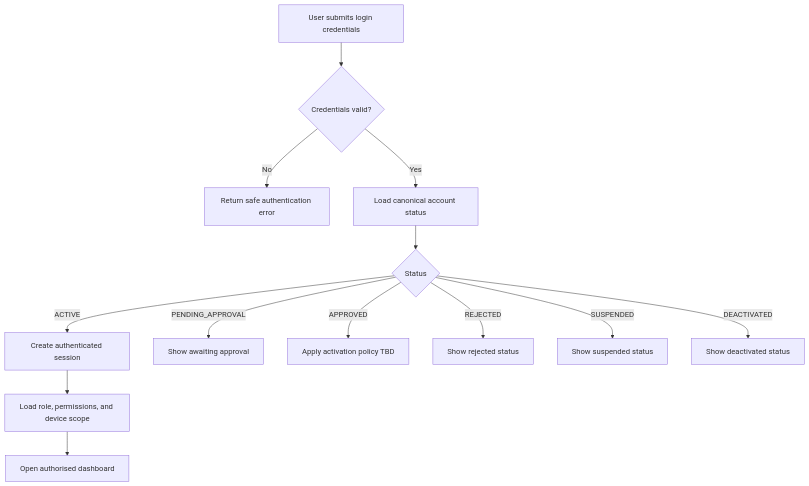
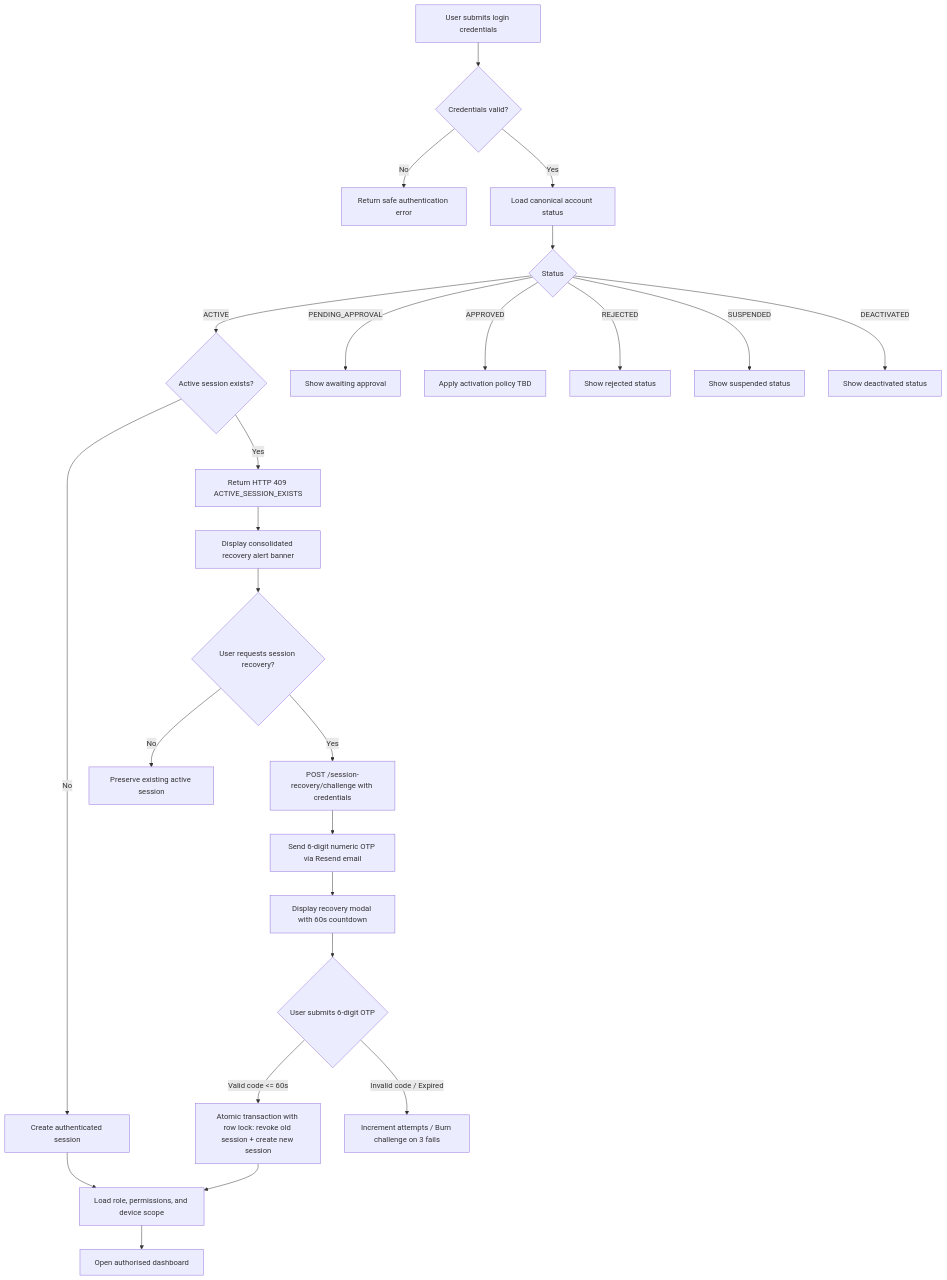
Before and after one commit to Hugo141132/Melon: the second of 6 diagrams in docs/USER_FLOWS.md, drawn with Mermaid. The commit also changed other lines of this file and 42 other files, not shown here.

````diff
--- a/docs/USER_FLOWS.md
+++ b/docs/USER_FLOWS.md
@@ -111,15 +111,27 @@
 ```mermaid
 flowchart TD
     A[User submits login credentials] --> B{Credentials valid?}
     B -- No --> C[Return safe authentication error]
     B -- Yes --> D[Load canonical account status]
     D --> E{Status}
-    E -- ACTIVE --> F[Create authenticated session]
+    E -- ACTIVE --> S{Active session exists?}
     E -- PENDING_APPROVAL --> G[Show awaiting approval]
     E -- APPROVED --> H[Apply activation policy TBD]
     E -- REJECTED --> I[Show rejected status]
     E -- SUSPENDED --> J[Show suspended status]
     E -- DEACTIVATED --> K[Show deactivated status]
-    F --> L[Load role, permissions, and device scope]
+    S -- No --> F[Create authenticated session]
+    S -- Yes --> R[Return HTTP 409 ACTIVE_SESSION_EXISTS]
+    R --> BANNER[Display consolidated recovery alert banner]
+    BANNER --> REC{User requests session recovery?}
+    REC -- No --> KEEP[Preserve existing active session]
+    REC -- Yes --> CHAL[POST /session-recovery/challenge with credentials]
+    CHAL --> OTP[Send 6-digit numeric OTP via Resend email]
+    OTP --> MODAL[Display recovery modal with 60s countdown]
+    MODAL --> VER{User submits 6-digit OTP}
+    VER -- Valid code <= 60s --> ATOM[Atomic transaction with row lock: revoke old session + create new session]
+    VER -- Invalid code / Expired --> ERR[Increment attempts / Burn challenge on 3 fails]
+    ATOM --> L[Load role, permissions, and device scope]
+    F --> L
     L --> M[Open authorised dashboard]
 ```
````
